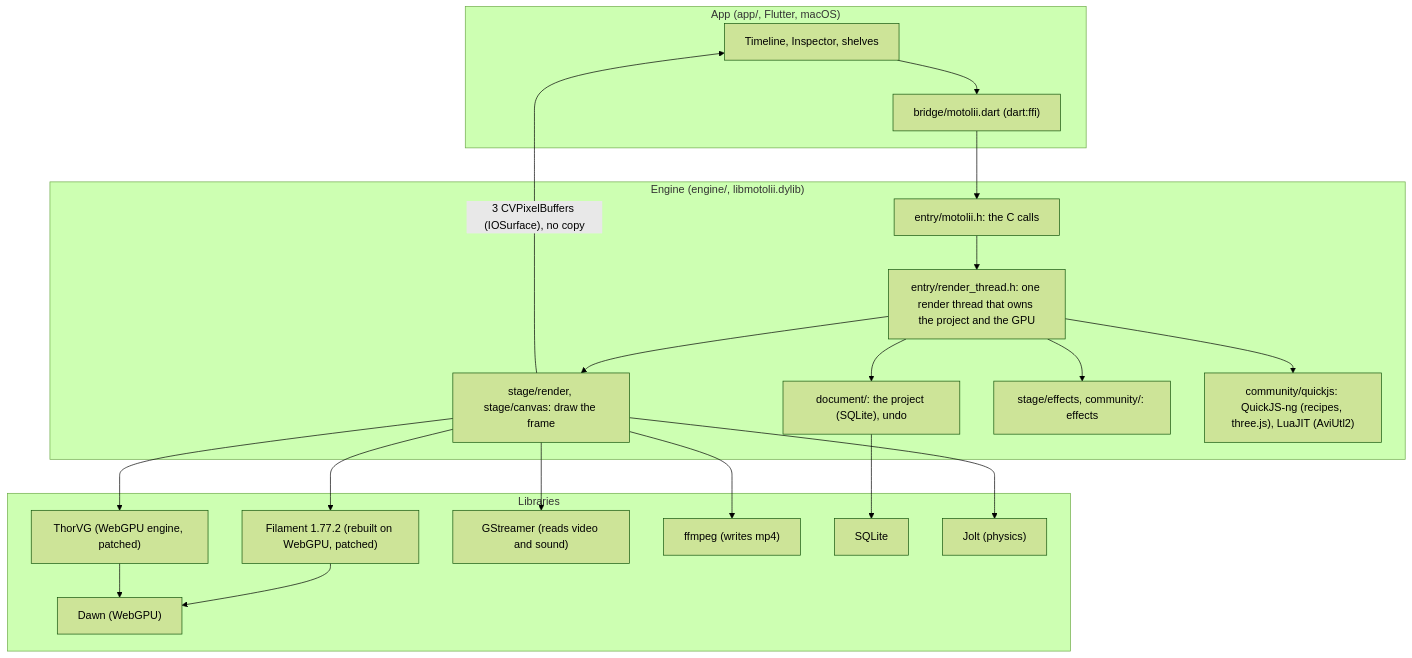
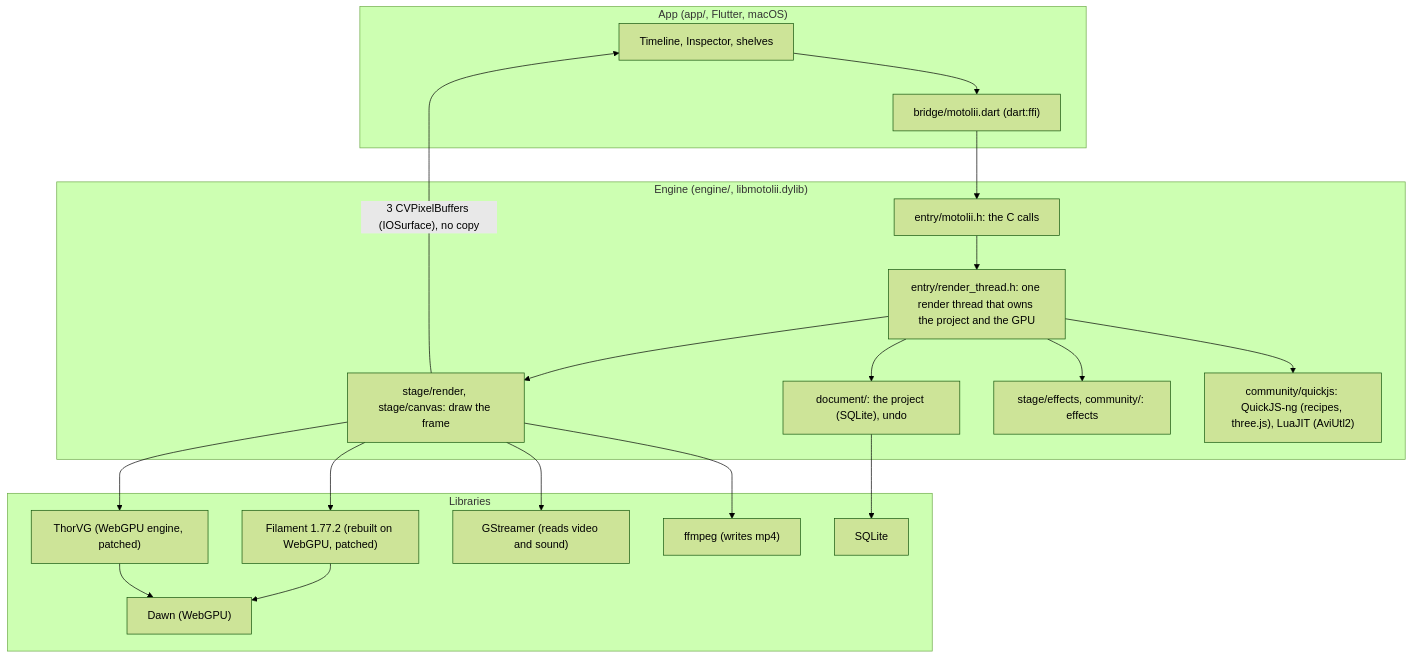
The diagram in docs/ARCHITECTURE.md (oshikaidesu/motolii), drawn with Mermaid (forest theme) before and after one commit. The commit also changed 37 other files, not shown here.

First line of the commit message:
engine: Motion, Scale Assist, Field and Physics are shelf files; Jolt is gone

````diff
--- a/docs/ARCHITECTURE.md
+++ b/docs/ARCHITECTURE.md
@@ -11,34 +11,32 @@
 ```mermaid
 flowchart TB
   subgraph Window["App (app/, Flutter, macOS)"]
     UI["Timeline, Inspector, shelves"]
     FFI["bridge/motolii.dart (dart:ffi)"]
   end
   subgraph Inside["Engine (engine/, libmotolii.dylib)"]
     API["entry/motolii.h: the C calls"]
     Hand["entry/render_thread.h: one render thread that owns the project and the GPU"]
     Doc["document/: the project (SQLite), undo"]
     Render["stage/render, stage/canvas: draw the frame"]
     FX["stage/effects, community/: effects"]
     Script["community/quickjs: QuickJS-ng (recipes, three.js), LuaJIT (AviUtl2)"]
   end
   subgraph Libs["Libraries"]
     Filament["Filament 1.77.2 (rebuilt on WebGPU, patched)"]
     ThorVG["ThorVG (WebGPU engine, patched)"]
     Dawn["Dawn (WebGPU)"]
     Gst["GStreamer (reads video and sound)"]
     FF["ffmpeg (writes mp4)"]
     SQLite["SQLite"]
-    Jolt["Jolt (physics)"]
   end
   UI --> FFI --> API --> Hand
   Hand --> Doc --> SQLite
   Hand --> Render --> Filament --> Dawn
   Render --> ThorVG --> Dawn
   Hand --> FX
   Hand --> Script
   Render --> Gst
   Render --> FF
-  Render --> Jolt
   Render -- "3 CVPixelBuffers (IOSurface), no copy" --> UI
 ```
````
